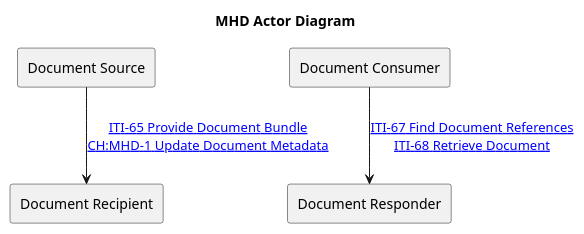
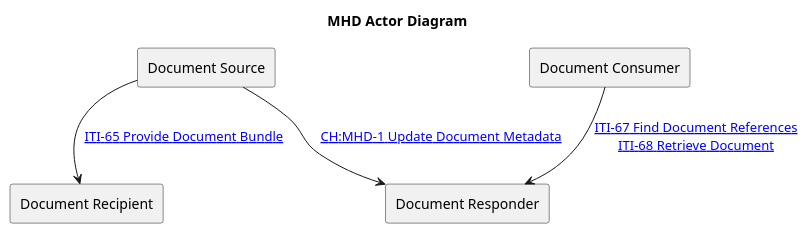
One commit to ehealthsuisse/ch-epr-fhir changed the diagram in input/images-source/MHD_actor_diagram.plantuml. Above: the diagram before and after it, drawn with PlantUML. The commit also changed 7 other files, not shown here.

Commit message:
CH MHD-1: wrong actor Document Recipient, should be Document Responder #317

```diff
--- a/input/images-source/MHD_actor_diagram.plantuml
+++ b/input/images-source/MHD_actor_diagram.plantuml
@@ -1,10 +1,11 @@
 @startuml
 ' https://github.com/IHE/ITI.MHD/blob/master/input/images-source/ActorsAndTransactions.plantuml
 title MHD Actor Diagram
 agent "Document Source" as DocumentSource
 agent "Document Consumer" as DocumentConsumer
 agent "Document Responder" as DocumentResponder
 agent "Document Recipient" as DocumentRecipient
 DocumentConsumer --> DocumentResponder : "[[iti-67.html ITI-67 Find Document References]]\n[[iti-68.html ITI-68 Retrieve Document]]"
-DocumentSource --> DocumentRecipient : "[[iti-65.html ITI-65 Provide Document Bundle]]\n[[ch-mhd-1.html CH:MHD-1 Update Document Metadata]]"
+DocumentSource --> DocumentResponder : "[[ch-mhd-1.html CH:MHD-1 Update Document Metadata]]"
+DocumentSource --> DocumentRecipient : "[[iti-65.html ITI-65 Provide Document Bundle]]"
 @enduml
```
